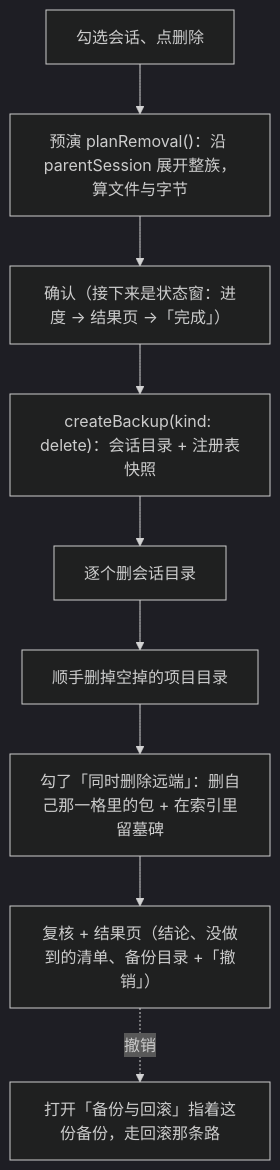
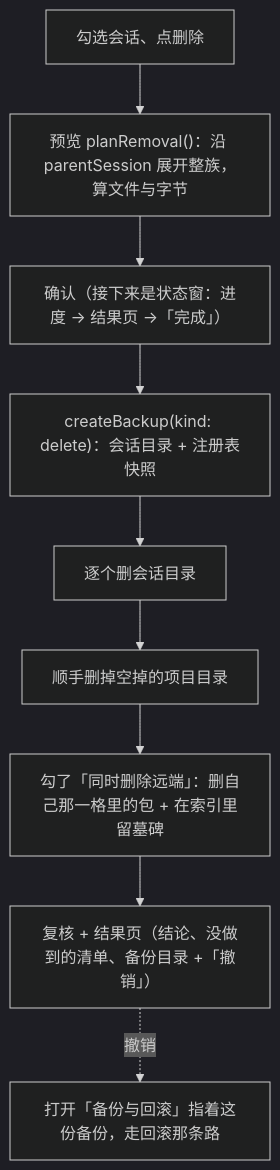
Before and after one commit to he0119/dsh-session-manager: the fifth of 10 diagrams in docs/flows.md, drawn with Mermaid (dark theme). The commit also changed other lines of this file and 242 other files, not shown here.

````diff
--- a/docs/flows.md
+++ b/docs/flows.md
@@ -133,11 +133,11 @@
 ```mermaid
 flowchart TD
-  A["勾选会话、点删除"] --> B["预演 planRemoval()：沿 parentSession 展开整族，算文件与字节"]
+  A["勾选会话、点删除"] --> B["预览 planRemoval()：沿 parentSession 展开整族，算文件与字节"]
   B --> C["确认（接下来是状态窗：进度 → 结果页 →「完成」）"]
   C --> D["createBackup(kind: delete)：会话目录 + 注册表快照"]
   D --> E["逐个删会话目录"]
   E --> F["顺手删掉空掉的项目目录"]
   F --> R["勾了「同时删除远端」：删自己那一格里的包 + 在索引里留墓碑"]
   R --> G["复核 + 结果页（结论、没做到的清单、备份目录 +「撤销」）"]
   G -.->|"撤销"| H["打开「备份与回滚」指着这份备份，走回滚那条路"]
 ```
````
